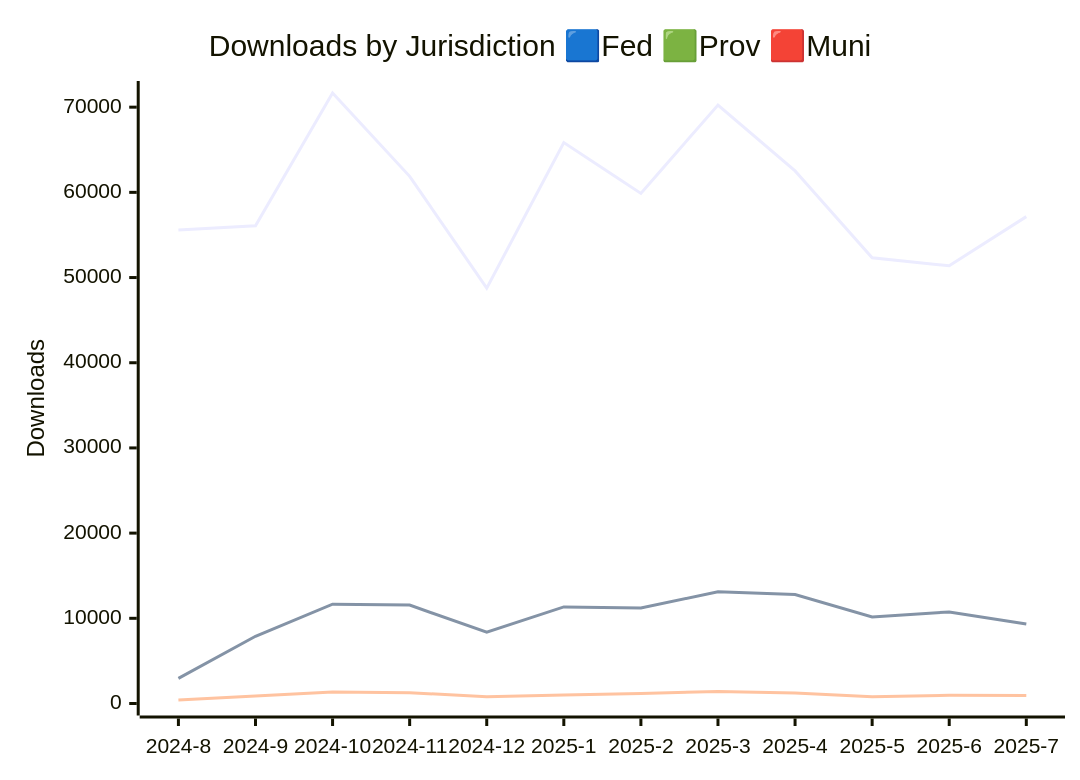
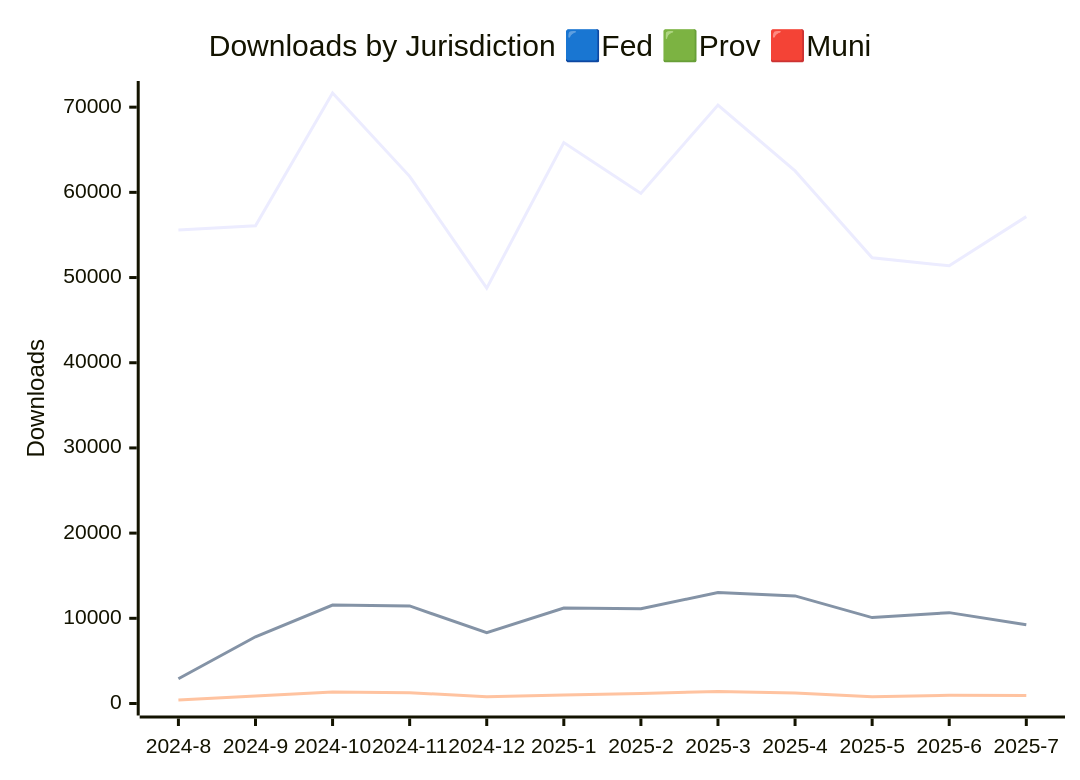
One commit to open-data/analytics-corporate-reporting changed the diagram in JURISDICTION_ANALYTICS_REPORT/readme.md. Above: the diagram before and after it, drawn with Mermaid. The commit also changed 3 other files, not shown here.

````diff
--- a/JURISDICTION_ANALYTICS_REPORT/readme.md
+++ b/JURISDICTION_ANALYTICS_REPORT/readme.md
@@ -4,10 +4,10 @@
 ```mermaid
 
 xychart-beta
     title "Downloads by Jurisdiction 🟦Fed 🟩Prov 🟥Muni"
     x-axis [2024-8, 2024-9, 2024-10, 2024-11, 2024-12, 2025-1, 2025-2, 2025-3, 2025-4, 2025-5, 2025-6, 2025-7]
     y-axis "Downloads" 0 --> 71663
     line [55592, 56076, 71653, 61880, 48751, 65843, 59878, 70251, 62520, 52323, 51386, 57151]
-    line [2946, 7894, 11663, 11550, 8367, 11341, 11204, 13127, 12791, 10167, 10748, 9337]
+    line [2907, 7836, 11557, 11451, 8315, 11208, 11127, 13017, 12631, 10083, 10666, 9249]
     line [398, 879, 1358, 1267, 801, 1001, 1170, 1408, 1229, 806, 966, 953]
 ```
````
